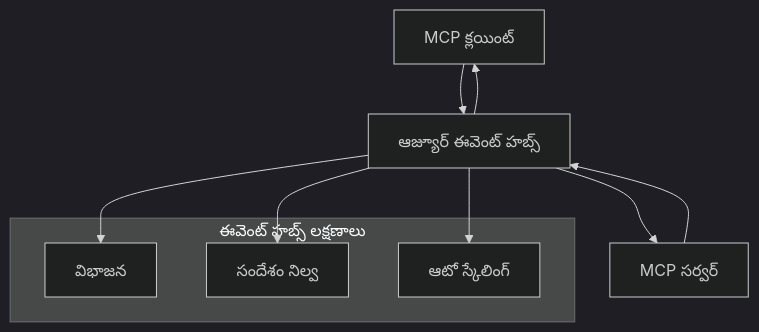
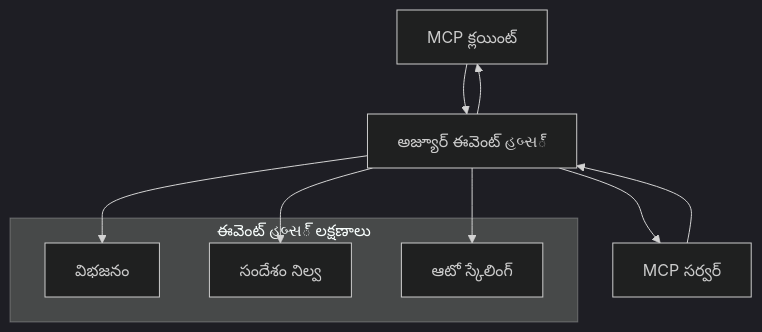
The second of 2 diagrams in mcp_ecosystem__model_context_protocol/mcp_learning_resources/mcp-for-beginners/translations/te/05-AdvancedTopics/mcp-transport/README.md (HIDORAKAI002/ai-workspace-archive), drawn with Mermaid (dark theme) before and after one commit. The commit also changed other lines of this file and 1046 other files, not shown here.

````diff
--- a/mcp_ecosystem__model_context_protocol/mcp_learning_resources/mcp-for-beginners/translations/te/05-AdvancedTopics/mcp-transport/README.md
+++ b/mcp_ecosystem__model_context_protocol/mcp_learning_resources/mcp-for-beginners/translations/te/05-AdvancedTopics/mcp-transport/README.md
@@ -270,17 +272,17 @@
 ```mermaid
 graph TB
-    Client[MCP క్లయింట్] --> EH[ఆజ్యూర్ ఈవెంట్ హబ్స్]
+    Client[MCP క్లయింట్] --> EH[అజ్యూర్ ఈవెంట్ હબ્સ్]
     EH --> Server[MCP సర్వర్]
     Server --> EH
     EH --> Client
     
-    subgraph "ఈవెంట్ హబ్స్ లక్షణాలు"
-        Partition[విభాజన]
+    subgraph "ఈవెంట్ હબ્સ్ లక్షణాలు"
+        Partition[విభజనం]
         Retention[సందేశం నిల్వ]
         Scaling[ఆటో స్కేలింగ్]
     end
     
     EH --> Partition
     EH --> Retention
     EH --> Scaling
 ```
````
